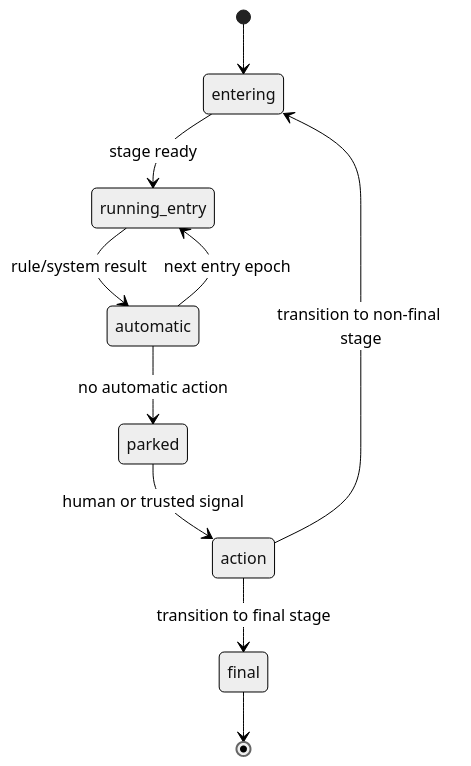
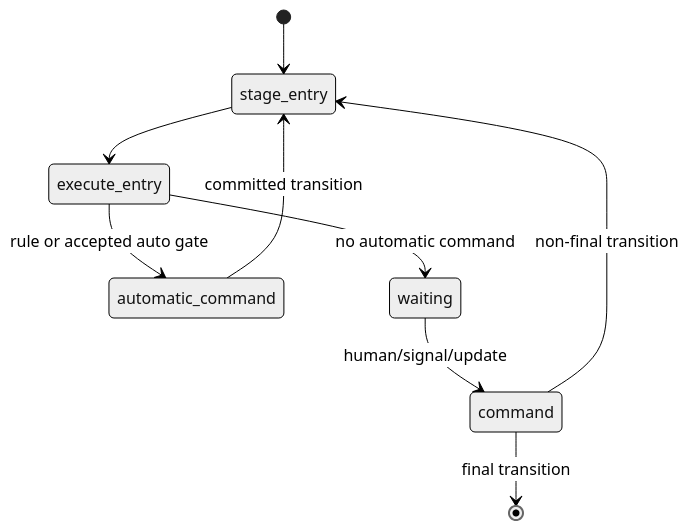
One commit to teopeurt/flowkit changed the third of 10 diagrams in docs/definitions-deep-dive.md. Above: the diagram before and after it, drawn with Mermaid (neutral theme). The commit also changed other lines of this file and 1 other file, not shown here.

````diff
--- a/docs/definitions-deep-dive.md
+++ b/docs/definitions-deep-dive.md
@@ -85,12 +74,11 @@
 ```mermaid
 stateDiagram-v2
-  [*] --> entering
-  entering --> running_entry: stage ready
-  running_entry --> automatic: rule/system result
-  automatic --> running_entry: next entry epoch
-  automatic --> parked: no automatic action
-  parked --> action: human or trusted signal
-  action --> entering: transition to non-final stage
-  action --> final: transition to final stage
-  final --> [*]
+ [*] --> stage_entry
+ stage_entry --> execute_entry
+ execute_entry --> automatic_command: rule or accepted auto gate
+ execute_entry --> waiting: no automatic command
+ automatic_command --> stage_entry: committed transition
+ waiting --> command: human/signal/update
+ command --> stage_entry: non-final transition
+ command --> [*]: final transition
 ```
````
